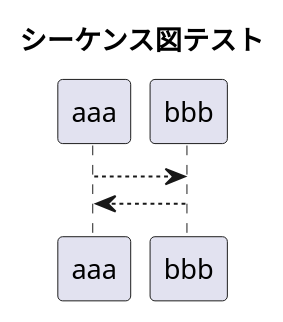
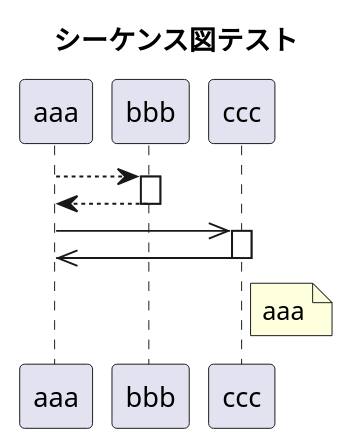
Before and after one commit to atonement109/plantUML: the diagram in test.puml, drawn with PlantUML. The commit also changed 2 other files, not shown here.

```diff
--- a/test.puml
+++ b/test.puml
@@ -1,5 +1,14 @@
-@startuml
+@startuml testuml
 title シーケンス図テスト
 aaa --> bbb
+activate bbb
 aaa <-- bbb
+deactivate bbb
+aaa ->> ccc
+activate ccc
+aaa <<- ccc
+deactivate ccc
+note right ccc
+    aaa
+end note
 @enduml
```
